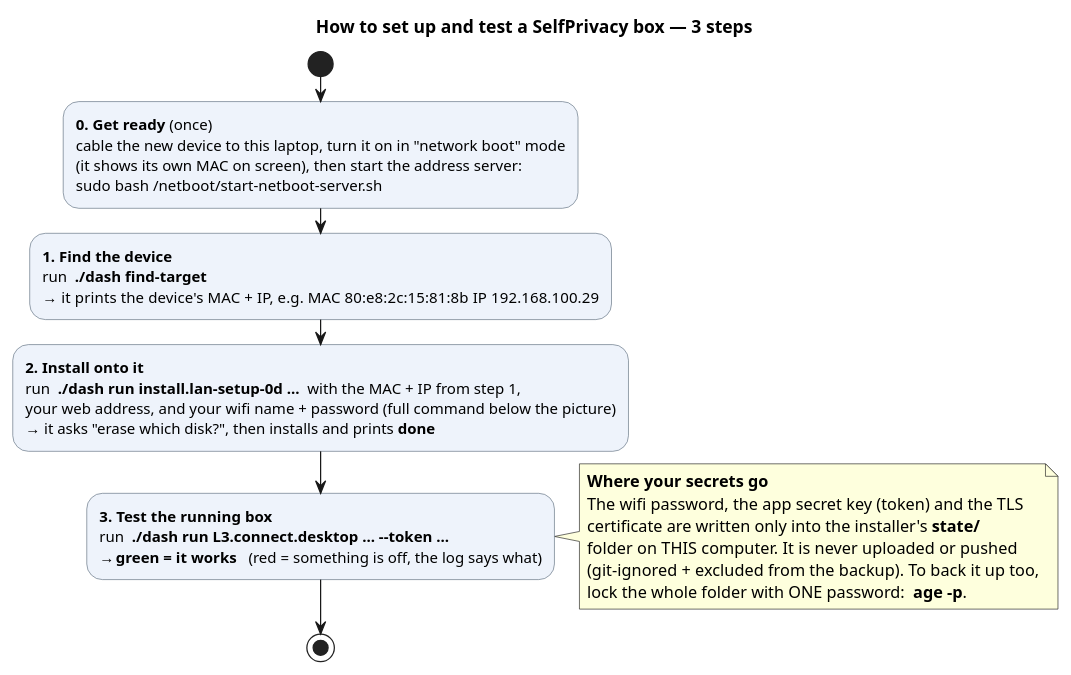
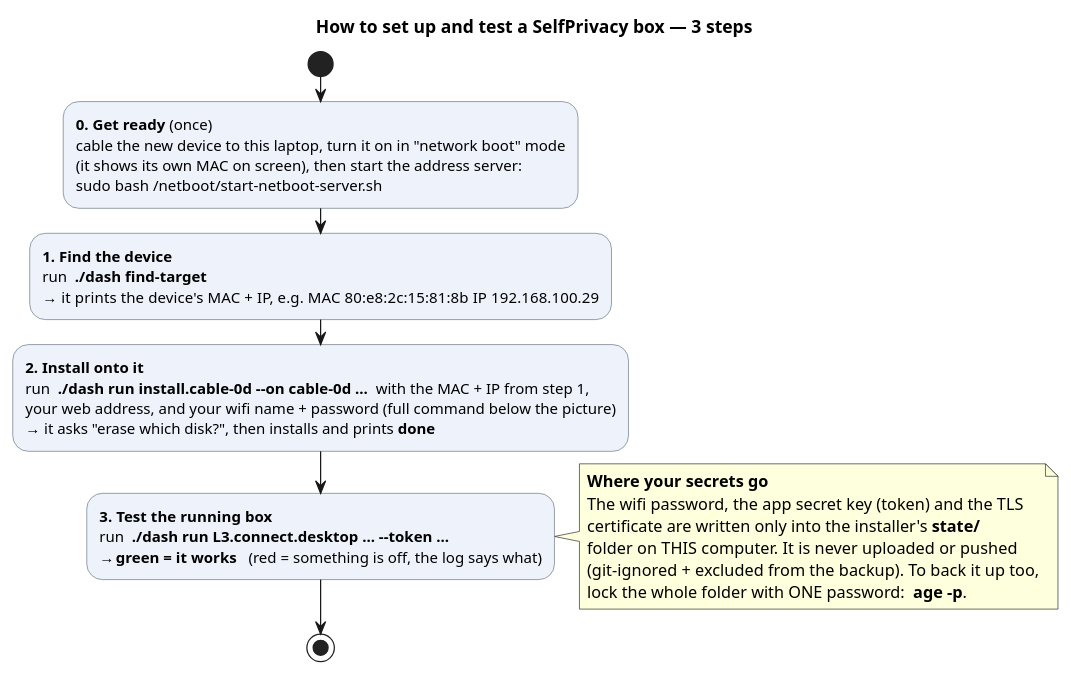
Before and after one commit to selfprivacy-over-alternative-nets/dev-dashboard: the diagram in docs/flow.puml, drawn with PlantUML. The commit also changed 28 other files, not shown here.

First line of the commit message:
dashboard: test matrix aligned with the setup diagram (setups = method-net, reach rows, alignment gate, greyed reaches; reqs 168-184, FR117) + VM L3 harness fixes; setup-map edits

```diff
--- a/docs/flow.puml
+++ b/docs/flow.puml
@@ -1,37 +1,37 @@
 @startuml flow
 ' The end-to-end flow a person follows: get ready -> find the device -> install -> test.
 ' Nodes stay short + robust; the exact copy-paste commands live in the README/requirements text.
 title How to set up and test a SelfPrivacy box — 3 steps
 
 skinparam shadowing false
 skinparam defaultFontName Helvetica
 skinparam activity {
   BackgroundColor #EEF3FB
   BorderColor #5a6b7a
 }
 
 start
 :<b>0. Get ready</b> (once)
 cable the new device to this laptop, turn it on in "network boot" mode
 (it shows its own MAC on screen), then start the address server:
 sudo bash ~/netboot/start-netboot-server.sh;
 :<b>1. Find the device</b>
 run  <b>./dash find-target</b>
 → it prints the device's MAC + IP, e.g.  MAC 80:e8:2c:15:81:8b  IP 192.168.100.29;
 :<b>2. Install onto it</b>
-run  <b>./dash run install.lan-setup-0d ...</b>  with the MAC + IP from step 1,
+run  <b>./dash run install.cable-0d --on cable-0d ...</b>  with the MAC + IP from step 1,
 your web address, and your wifi name + password (full command below the picture)
 → it asks "erase which disk?", then installs and prints <b>done</b>;
 :<b>3. Test the running box</b>
 run  <b>./dash run L3.connect.desktop ... --token ...</b>
 → <b>green = it works</b>   (red = something is off, the log says what);
 note right
   <b>Where your secrets go</b>
   The wifi password, the app secret key (token) and the TLS
   certificate are written only into the installer's <b>state/</b>
   folder on THIS computer. It is never uploaded or pushed
   (git-ignored + excluded from the backup). To back it up too,
   lock the whole folder with ONE password:  <b>age -p</b>.
 end note
 stop
 @enduml
```
